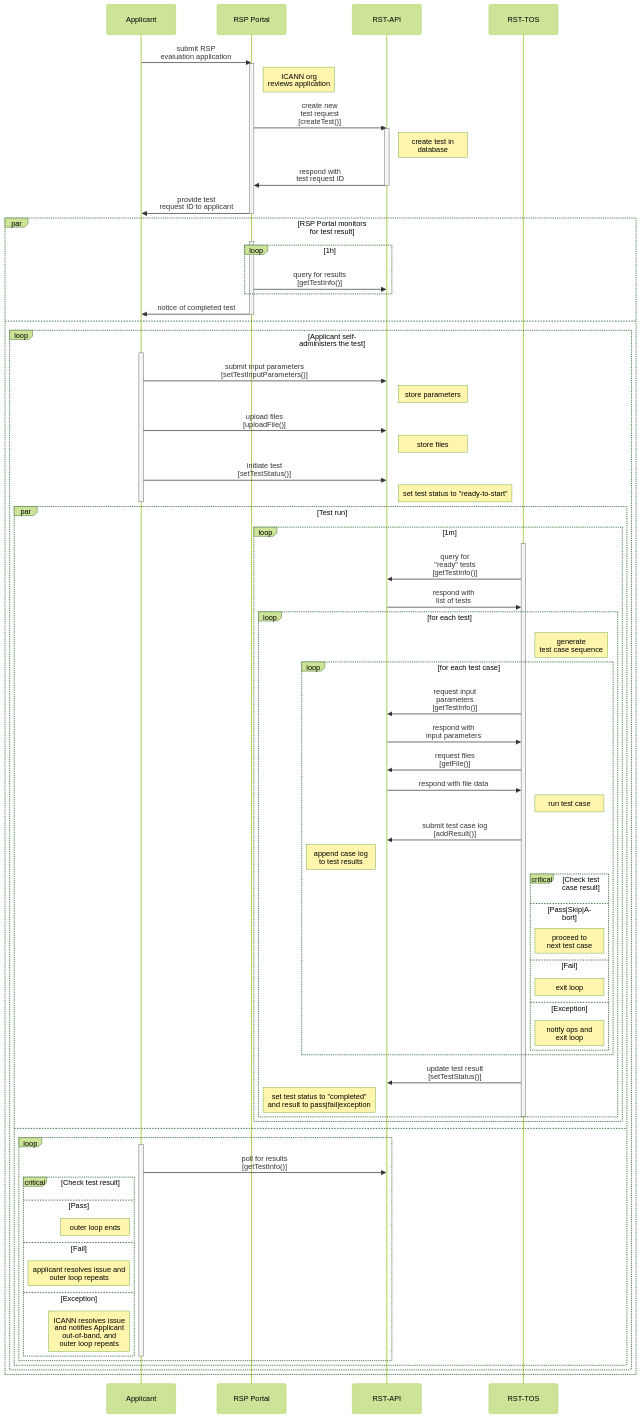
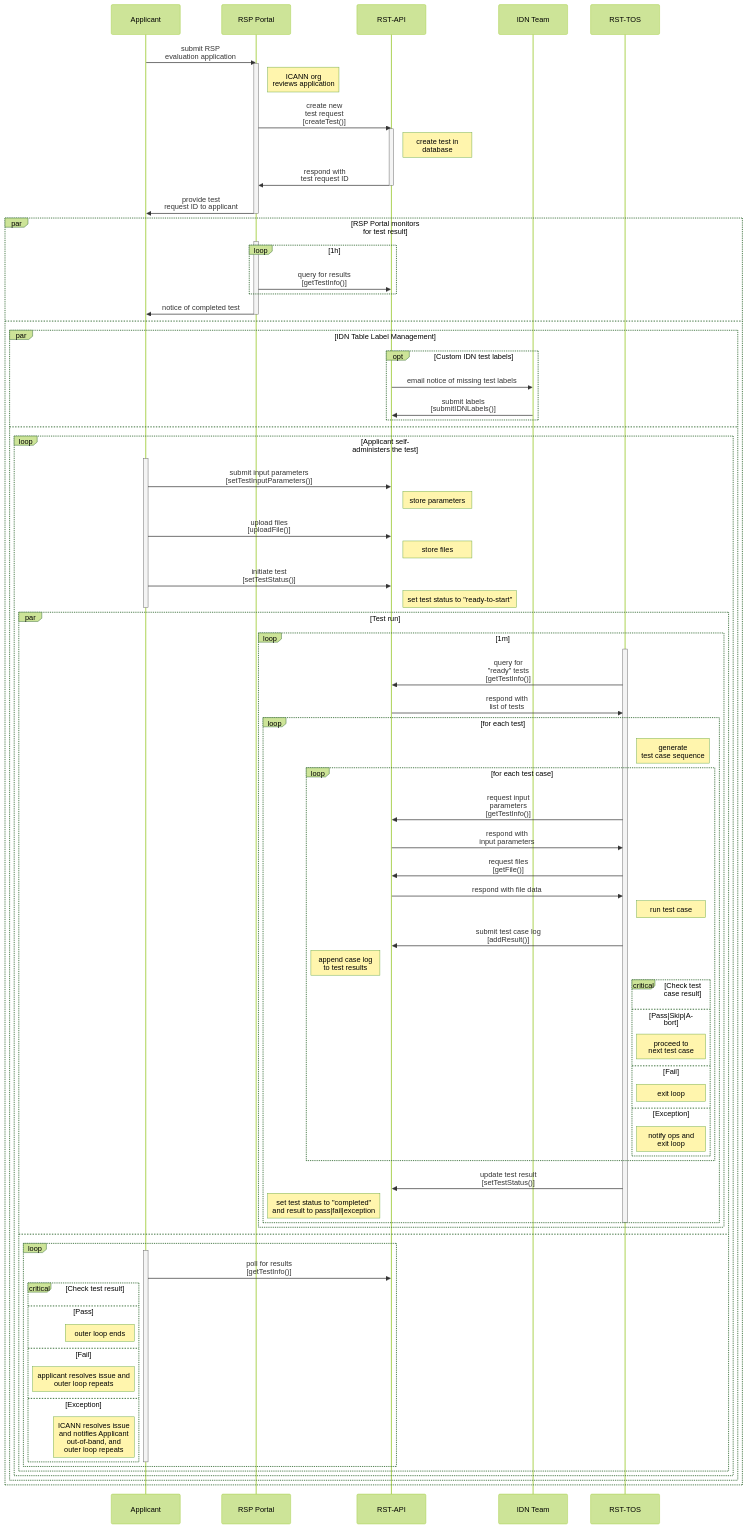
Before and after one commit to icann/rst-api-spec: the diagram in etc/workflow.mmd, drawn with Mermaid (forest theme). The commit also changed 1 other file, not shown here.

Commit message:
add submitIDNLabels stage

```diff
--- a/etc/workflow.mmd
+++ b/etc/workflow.mmd
@@ -1,84 +1,91 @@
 sequenceDiagram
     Applicant->>RSP Portal: submit RSP<br>evaluation application
 
     Activate RSP Portal
 
     Note right of RSP Portal: ICANN org<br>reviews application
 
     RSP Portal->>RST-API: create new<br>test request<br>[createTest()]
 
     Activate RST-API
     Note right of RST-API: create test in<br>database
     RST-API->>RSP Portal: respond with<br>test request ID
     Deactivate RST-API
 
     RSP Portal->>Applicant: provide test<br>request ID to applicant
 
     Deactivate RSP Portal
 
     par RSP Portal monitors<br>for test result
         Activate RSP Portal
 
         loop 1h
             RSP Portal->>RST-API: query for results<br>[getTestInfo()]
         end
 
         RSP Portal->>Applicant: notice of completed test
 
         Deactivate RSP Portal
     and
-        loop Applicant self-<br>administers the test
-            Activate Applicant
-            Applicant->>RST-API: submit input parameters<br>[setTestInputParameters()]
-            Note right of RST-API: store parameters
-            Applicant->>RST-API: upload files<br>[uploadFile()]
-            Note right of RST-API: store files
-            Applicant->>RST-API: initiate test<br>[setTestStatus()]
-            Note right of RST-API: set test status to "ready-to-start"
-            Deactivate Applicant
-            par Test run
-                loop 1m
-                    Activate RST-TOS
-                    RST-TOS->>RST-API: query for<br>"ready" tests<br>[getTestInfo()]
-                    RST-API->>RST-TOS: respond with<br>list of tests
-                    loop for each test
-                        Note right of RST-TOS: generate<br>test case sequence
-                        loop for each test case
-                            RST-TOS->>RST-API: request input<br>parameters<br>[getTestInfo()]
-                            RST-API->>RST-TOS: respond with<br>input parameters
-                            RST-TOS->>RST-API: request files<br>[getFile()]
-                            RST-API->>RST-TOS: respond with file data
-                            Note right of RST-TOS: run test case
-                            RST-TOS->>RST-API: submit test case log<br>[addResult()]
-                            Note left of RST-API: append case log<br>to test results
-                            critical Check test case result
-                            option Pass|Skip|Abort
-                                note right of RST-TOS: proceed to<br>next test case
-                            option Fail
-                                note right of RST-TOS: exit loop
-                            option Exception
-                                note right of RST-TOS: notify ops and <br>exit loop
+        par IDN Table Label Management
+            opt Custom IDN test labels
+                RST-API->>IDN Team: email notice of missing test labels
+                IDN Team->>RST-API: submit labels<br>[submitIDNLabels()]
+            end
+        and
+            loop Applicant self-<br>administers the test
+                Activate Applicant
+                Applicant->>RST-API: submit input parameters<br>[setTestInputParameters()]
+                Note right of RST-API: store parameters
+                Applicant->>RST-API: upload files<br>[uploadFile()]
+                Note right of RST-API: store files
+                Applicant->>RST-API: initiate test<br>[setTestStatus()]
+                Note right of RST-API: set test status to "ready-to-start"
+                Deactivate Applicant
+                par Test run
+                    loop 1m
+                        Activate RST-TOS
+                        RST-TOS->>RST-API: query for<br>"ready" tests<br>[getTestInfo()]
+                        RST-API->>RST-TOS: respond with<br>list of tests
+                        loop for each test
+                            Note right of RST-TOS: generate<br>test case sequence
+                            loop for each test case
+                                RST-TOS->>RST-API: request input<br>parameters<br>[getTestInfo()]
+                                RST-API->>RST-TOS: respond with<br>input parameters
+                                RST-TOS->>RST-API: request files<br>[getFile()]
+                                RST-API->>RST-TOS: respond with file data
+                                Note right of RST-TOS: run test case
+                                RST-TOS->>RST-API: submit test case log<br>[addResult()]
+                                Note left of RST-API: append case log<br>to test results
+                                critical Check test case result
+                                option Pass|Skip|Abort
+                                    note right of RST-TOS: proceed to<br>next test case
+                                option Fail
+                                    note right of RST-TOS: exit loop
+                                option Exception
+                                    note right of RST-TOS: notify ops and <br>exit loop
+                                end
                             end
+                            RST-TOS->>RST-API: update test result<br>[setTestStatus()]
+                            Note left of RST-API: set test status to "completed"<br>and result to pass|fail|exception
                         end
-                        RST-TOS->>RST-API: update test result<br>[setTestStatus()]
-                        Note left of RST-API: set test status to "completed"<br>and result to pass|fail|exception
+                        Deactivate RST-TOS
                     end
-                    Deactivate RST-TOS
-                end
-            and
-                loop
-                    Activate Applicant
-                    Applicant->>RST-API: poll for results<br>[getTestInfo()]
-                    critical Check test result
-                    option Pass
-                        Note left of Applicant: outer loop ends
-                    option Fail
-                        note left of Applicant: applicant resolves issue and<br>outer loop repeats
-                    option Exception
-                        Note left of Applicant: ICANN resolves issue<br>and notifies Applicant<br>out-of-band, and<br>outer loop repeats
+                and
+                    loop
+                        Activate Applicant
+                        Applicant->>RST-API: poll for results<br>[getTestInfo()]
+                        critical Check test result
+                        option Pass
+                            Note left of Applicant: outer loop ends
+                        option Fail
+                            note left of Applicant: applicant resolves issue and<br>outer loop repeats
+                        option Exception
+                            Note left of Applicant: ICANN resolves issue<br>and notifies Applicant<br>out-of-band, and<br>outer loop repeats
+                        end
+                        Deactivate Applicant
                     end
-                    Deactivate Applicant
                 end
             end
         end
     end
```
